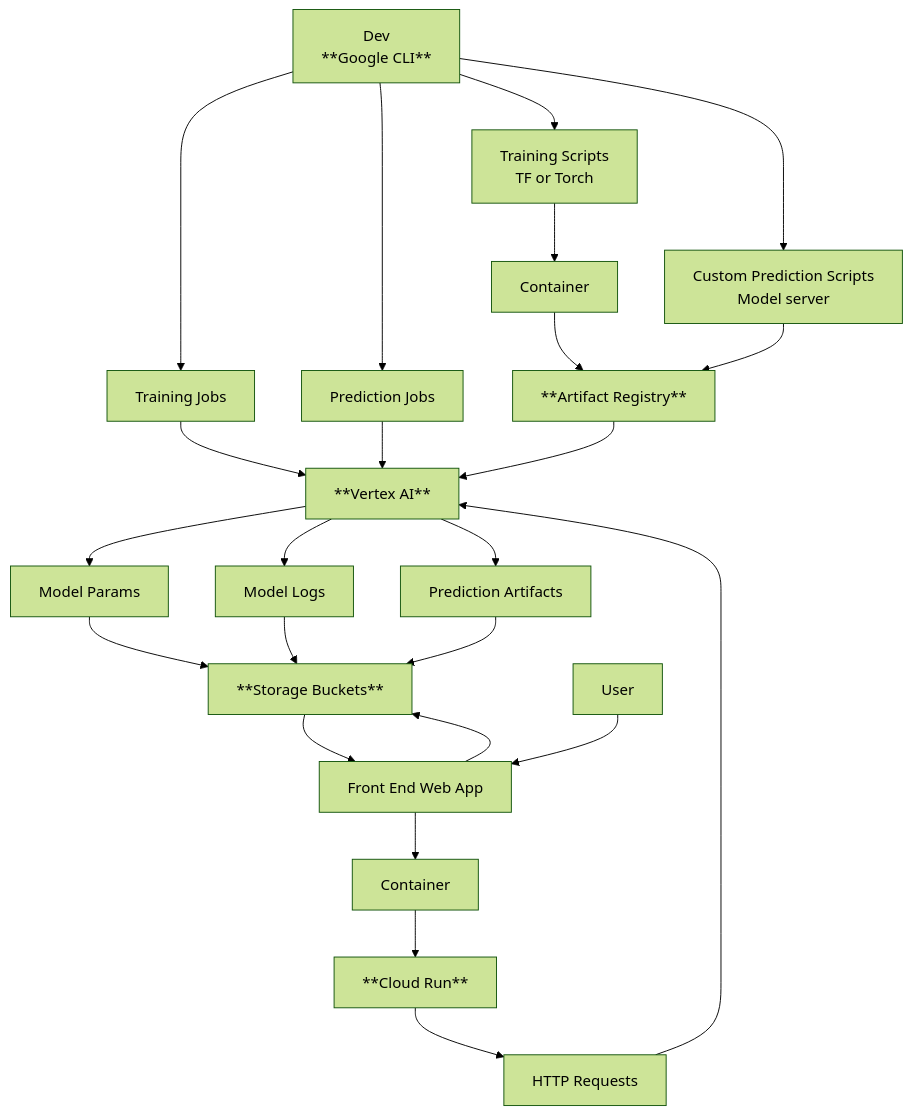
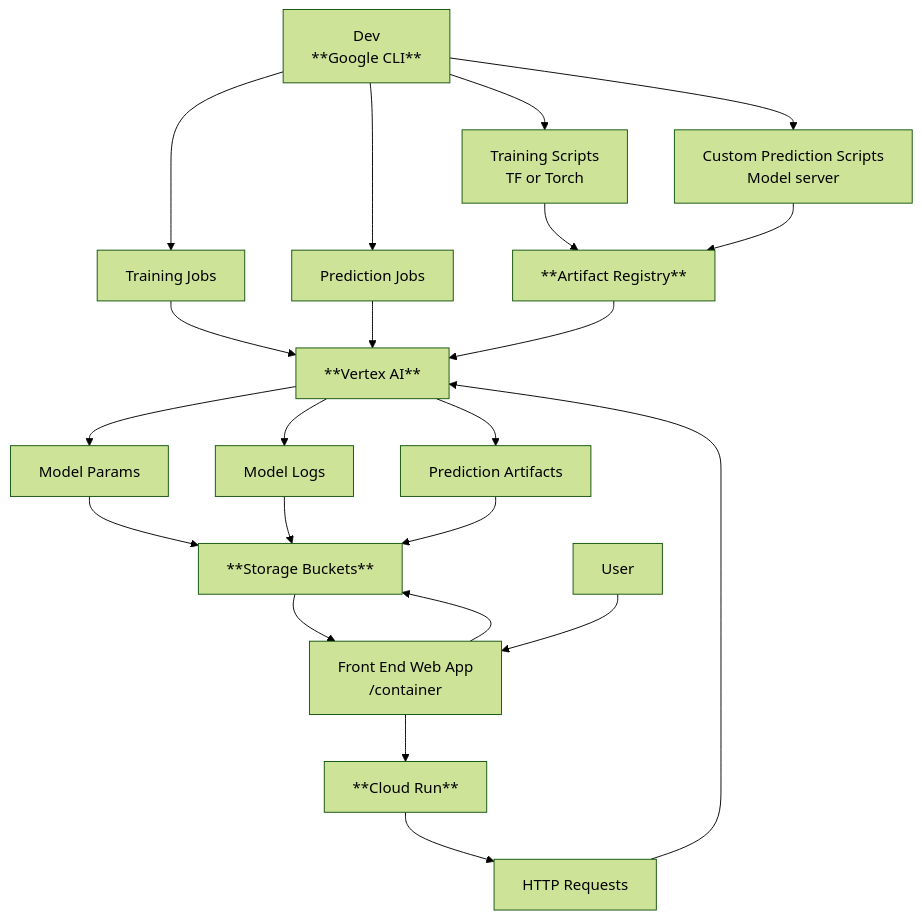
Before and after one commit to nuEGil/NotesOnTextTasks: the diagram in ReadMe.md, drawn with Mermaid (forest theme).

````diff
--- a/ReadMe.md
+++ b/ReadMe.md
@@ -41,34 +41,32 @@
 ```mermaid
 graph TD;
 
     %% Training + Containers
-    A[Training Scripts<br/>TF or Torch] --> B[Container]
-    B --> C[**Artifact Registry**]
+    A[Training Scripts<br/>TF or Torch<br/Container>] --> C[**Artifact Registry**]
 
     %% Prediction scripts to Artifact Registry
     D[Custom Prediction Scripts<br/>Model server] --> C
 
     %% Vertex AI jobs
     C --> E[**Vertex AI**]
     F[Training Jobs] --> E
     G[Prediction Jobs] --> E
 
     %% Model outputs
     E --> H[Model Params] & I[Model Logs] & J[Prediction Artifacts]
     H & I & J --> K[**Storage Buckets**]
 
     %% Frontend + Cloud Run
-    L[Front End Web App] --> M[Container]
-    M --> N[**Cloud Run**]
+    L[Front End Web App<br/>/container] --> N[**Cloud Run**]
     N --> O[HTTP Requests]
     O --> E
     K --> L
     P[User] --> L
 
     %% Dev tools
     Q[Dev<br/>**Google CLI**] --> F & G & A & D
     L --> K
 
     
 
 ```
````
